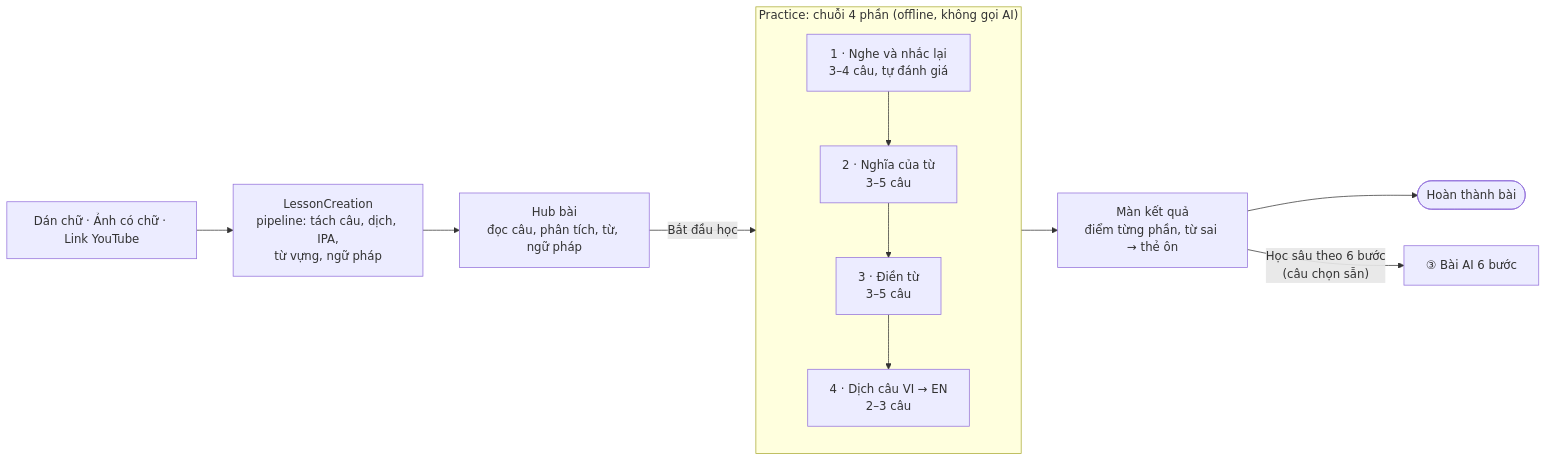
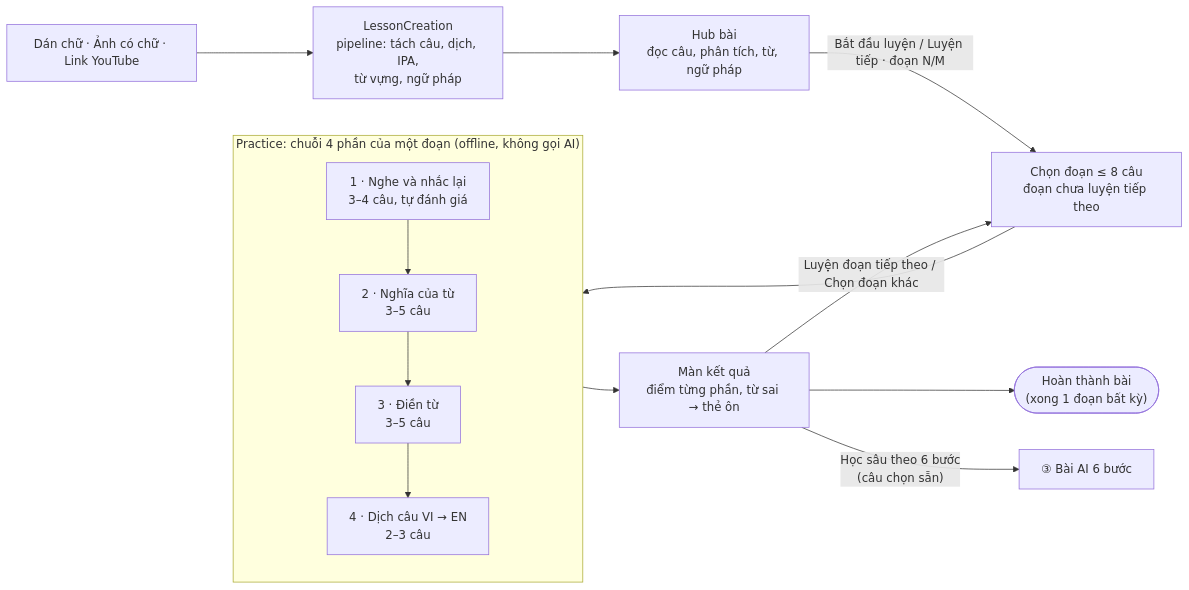
One commit to hnhatr/LingoBites-App changed the sixth of 9 diagrams in docs/architecture/lesson-design.md. Above: the diagram before and after it, drawn with Mermaid. The commit also changed other lines of this file and 2 other files, not shown here.

Commit message:
docs: describe practice segments and archive the plan
Claude-Session: https://claude.ai/code/session_01VGvpj5dcdAHJERTonXXSgF

````diff
--- a/docs/architecture/lesson-design.md
+++ b/docs/architecture/lesson-design.md
@@ -178,14 +178,16 @@
 ```mermaid
 flowchart LR
   IN["Dán chữ · Ảnh có chữ · Link YouTube"] --> LC["LessonCreation<br/>pipeline: tách câu, dịch, IPA,<br/>từ vựng, ngữ pháp"]
   LC --> HUB["Hub bài<br/>đọc câu, phân tích, từ, ngữ pháp"]
-  HUB -->|"Bắt đầu học"| PR
-  subgraph PR["Practice: chuỗi 4 phần (offline, không gọi AI)"]
+  HUB -->|"Bắt đầu luyện / Luyện tiếp · đoạn N/M"| SEG["Chọn đoạn ≤ 8 câu<br/>đoạn chưa luyện tiếp theo"]
+  SEG --> PR
+  subgraph PR["Practice: chuỗi 4 phần của một đoạn (offline, không gọi AI)"]
     P1["1 · Nghe và nhắc lại<br/>3–4 câu, tự đánh giá"] --> P2["2 · Nghĩa của từ<br/>3–5 câu"]
     P2 --> P3["3 · Điền từ<br/>3–5 câu"]
     P3 --> P4["4 · Dịch câu VI → EN<br/>2–3 câu"]
   end
   PR --> RES["Màn kết quả<br/>điểm từng phần, từ sai → thẻ ôn"]
-  RES --> DONE(["Hoàn thành bài"])
+  RES --> DONE(["Hoàn thành bài<br/>(xong 1 đoạn bất kỳ)"])
+  RES -->|"Luyện đoạn tiếp theo / Chọn đoạn khác"| SEG
   RES -->|"Học sâu theo 6 bước<br/>(câu chọn sẵn)"| C3["③ Bài AI 6 bước"]
 ```
````
